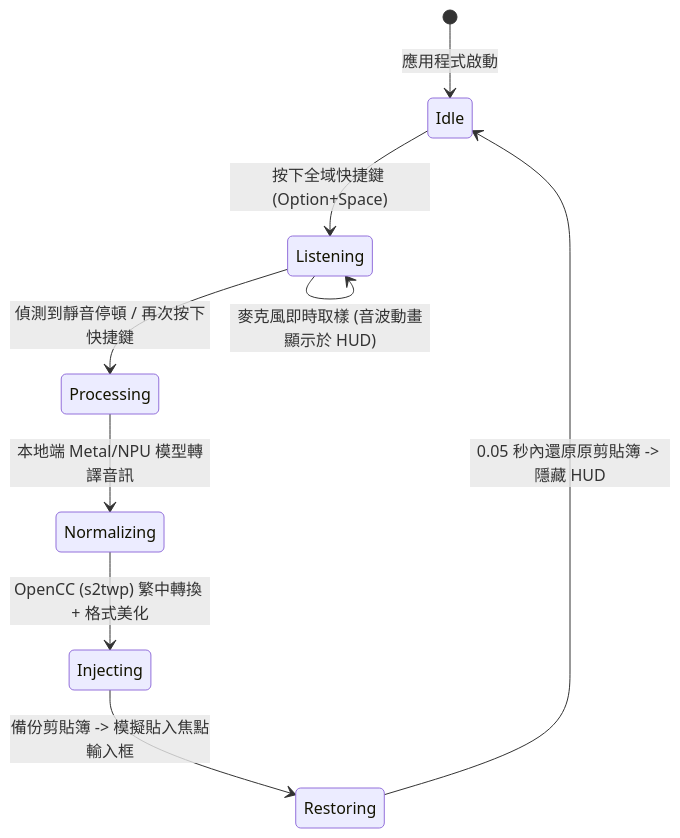
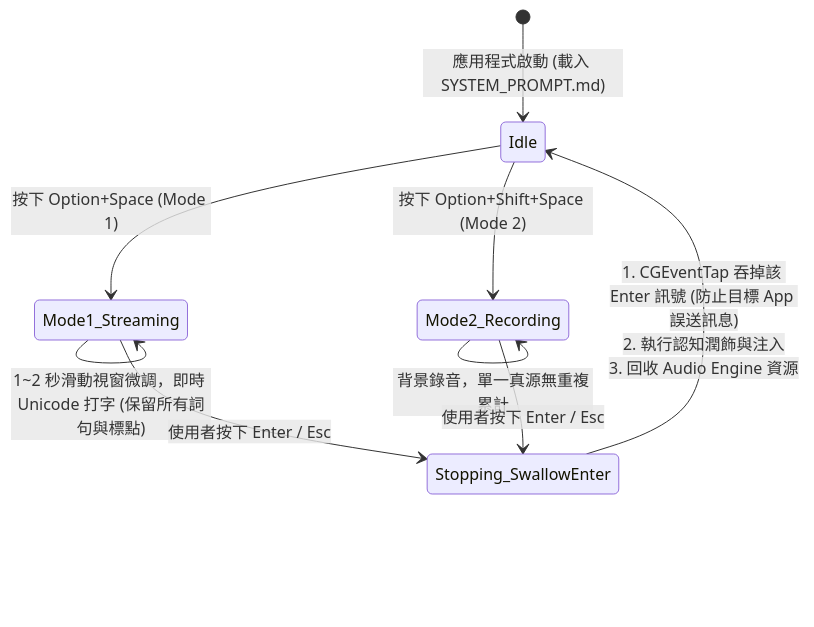
One commit to daniel-yang1739/butterfly changed the second of 2 diagrams in docs/ARCHITECTURE.md. Above: the diagram before and after it, drawn with Mermaid. The commit also changed other lines of this file and 4 other files, not shown here.

Commit message:
docs: comprehensive architecture update covering Two-Pass Cognitive Engine, CGEventTap Enter-swallowing, and external SYSTEM_PROMPT.md

````diff
--- a/docs/ARCHITECTURE.md
+++ b/docs/ARCHITECTURE.md
@@ -65,14 +69,15 @@
 ```mermaid
 stateDiagram-v2
-    [*] --> Idle: 應用程式啟動
+    [*] --> Idle: 應用程式啟動 (載入 SYSTEM_PROMPT.md)
 
-    Idle --> Listening: 按下全域快捷鍵 (Option+Space)
-    Listening --> Listening: 麥克風即時取樣 (音波動畫顯示於 HUD)
-    
-    Listening --> Processing: 偵測到靜音停頓 / 再次按下快捷鍵
-    Processing --> Normalizing: 本地端 Metal/NPU 模型轉譯音訊
-    Normalizing --> Injecting: OpenCC (s2twp) 繁中轉換 + 格式美化
-    
-    Injecting --> Restoring: 備份剪貼簿 -> 模擬貼入焦點輸入框
-    Restoring --> Idle: 0.05 秒內還原原剪貼簿 -> 隱藏 HUD
+    Idle --> Mode1_Streaming: 按下 Option+Space (Mode 1)
+    Idle --> Mode2_Recording: 按下 Option+Shift+Space (Mode 2)
+
+    Mode1_Streaming --> Mode1_Streaming: 1~2 秒滑動視窗微調，即時 Unicode 打字 (保留所有詞句與標點)
+    Mode2_Recording --> Mode2_Recording: 背景錄音，單一真源無重複累計
+
+    Mode1_Streaming --> Stopping_SwallowEnter: 使用者按下 Enter / Esc
+    Mode2_Recording --> Stopping_SwallowEnter: 使用者按下 Enter / Esc
+
+    Stopping_SwallowEnter --> Idle: 1. CGEventTap 吞掉該 Enter 訊號 (防止目標 App 誤送訊息)<br/>2. 執行認知潤飾與注入<br/>3. 回收 Audio Engine 資源
 ```
````
